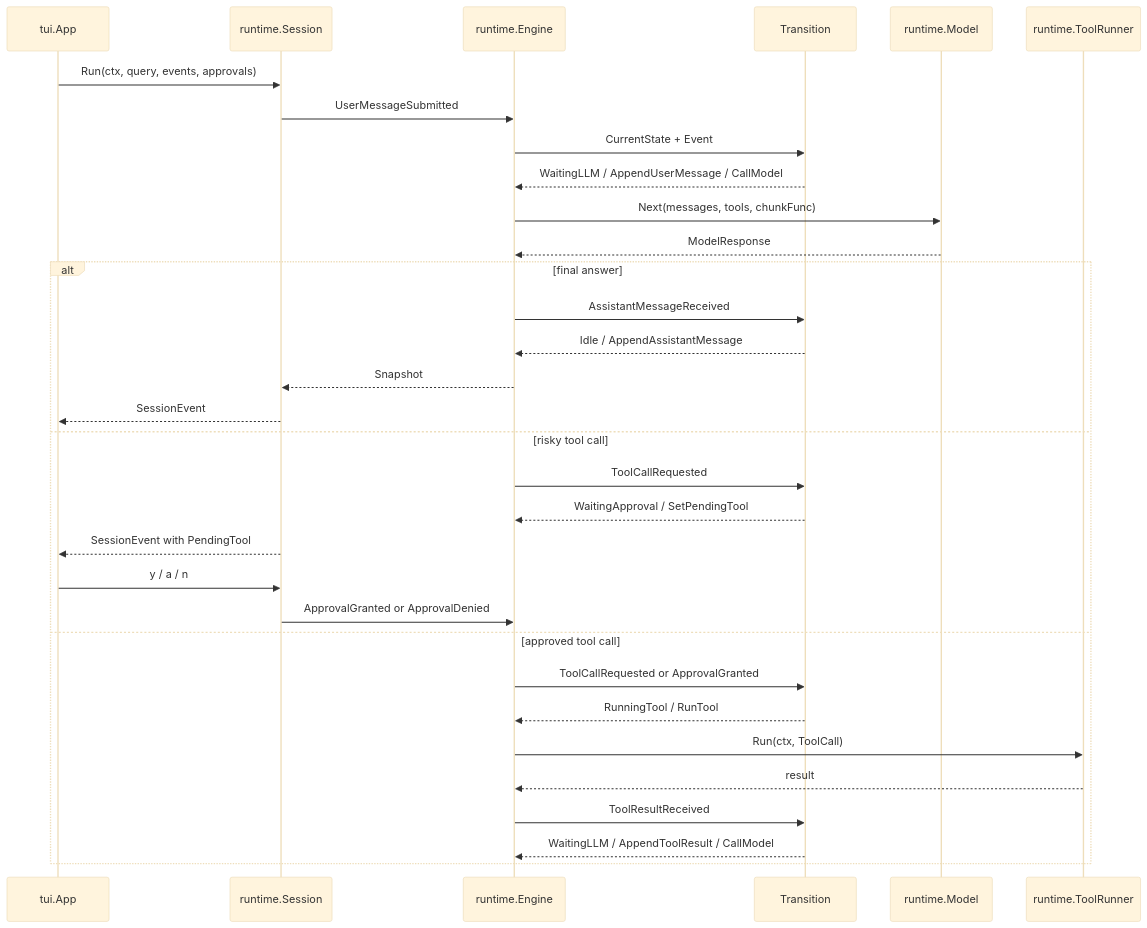
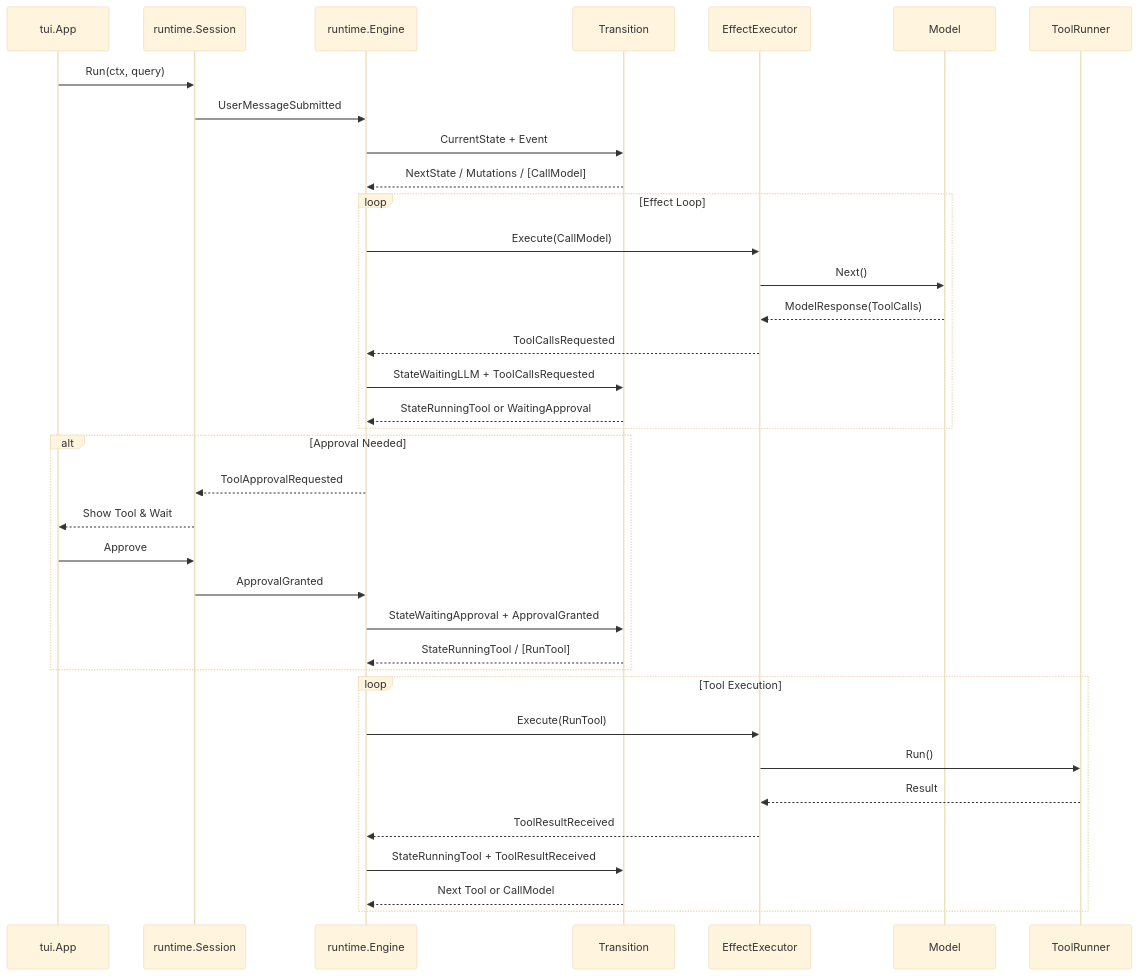
Before and after one commit to Boatjoey/super-agent: the second of 2 diagrams in arch.md, drawn with Mermaid (base theme). The commit also changed other lines of this file and 12 other files, not shown here.

Commit message:
refactor: improve engine concurrency and session events

````diff
--- a/arch.md
+++ b/arch.md
@@ -55,36 +64,42 @@
 ```mermaid
 sequenceDiagram
     participant UI as tui.App
     participant S as runtime.Session
     participant E as runtime.Engine
     participant T as Transition
-    participant M as runtime.Model
-    participant R as runtime.ToolRunner
+    participant EX as EffectExecutor
+    participant M as Model
+    participant R as ToolRunner
 
-    UI->>S: Run(ctx, query, events, approvals)
+    UI->>S: Run(ctx, query)
     S->>E: UserMessageSubmitted
     E->>T: CurrentState + Event
-    T-->>E: WaitingLLM / AppendUserMessage / CallModel
-    E->>M: Next(messages, tools, chunkFunc)
-    M-->>E: ModelResponse
+    T-->>E: NextState / Mutations / [CallModel]
+    
+    loop Effect Loop
+        E->>EX: Execute(CallModel)
+        EX->>M: Next()
+        M-->>EX: ModelResponse(ToolCalls)
+        EX-->>E: ToolCallsRequested
+        E->>T: StateWaitingLLM + ToolCallsRequested
+        T-->>E: StateRunningTool or WaitingApproval
+    end
 
-    alt final answer
-        E->>T: AssistantMessageReceived
-        T-->>E: Idle / AppendAssistantMessage
-        E-->>S: Snapshot
-        S-->>UI: SessionEvent
-    else risky tool call
-        E->>T: ToolCallRequested
-        T-->>E: WaitingApproval / SetPendingTool
-        S-->>UI: SessionEvent with PendingTool
-        UI->>S: y / a / n
-        S->>E: ApprovalGranted or ApprovalDenied
-    else approved tool call
-        E->>T: ToolCallRequested or ApprovalGranted
-        T-->>E: RunningTool / RunTool
-        E->>R: Run(ctx, ToolCall)
-        R-->>E: result
-        E->>T: ToolResultReceived
-        T-->>E: WaitingLLM / AppendToolResult / CallModel
+    alt Approval Needed
+        E-->>S: ToolApprovalRequested
+        S-->>UI: Show Tool & Wait
+        UI->>S: Approve
+        S->>E: ApprovalGranted
+        E->>T: StateWaitingApproval + ApprovalGranted
+        T-->>E: StateRunningTool / [RunTool]
+    end
+
+    loop Tool Execution
+        E->>EX: Execute(RunTool)
+        EX->>R: Run()
+        R-->>EX: Result
+        EX-->>E: ToolResultReceived
+        E->>T: StateRunningTool + ToolResultReceived
+        T-->>E: Next Tool or CallModel
     end
 ```
````
